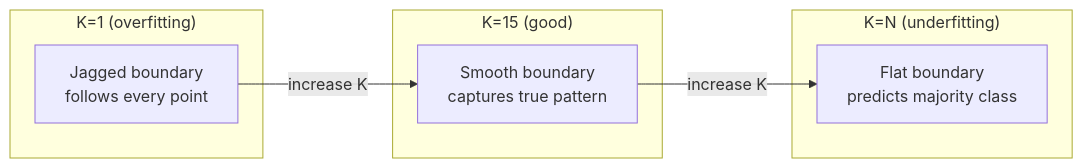
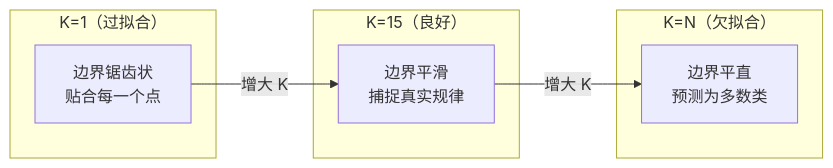
One commit to JerryC8080/ai-engineering-from-scratch-zh changed the second of 3 diagrams in phases/02-ml-fundamentals/06-knn-and-distances/docs/zh.md. Above: the diagram before and after it, drawn with Mermaid. The commit also changed other lines of this file and 156 other files, not shown here.

First line of the commit message:
i18n(zh): translate mermaid diagram labels in 157 lesson zh.md

````diff
--- a/phases/02-ml-fundamentals/06-knn-and-distances/docs/zh.md
+++ b/phases/02-ml-fundamentals/06-knn-and-distances/docs/zh.md
@@ -68,13 +68,13 @@
 ```mermaid
 graph LR
-    subgraph "K=1 (overfitting)"
-        A["Jagged boundary<br>follows every point"]
+    subgraph "K=1（过拟合）"
+        A["边界锯齿状<br>贴合每一个点"]
     end
-    subgraph "K=15 (good)"
-        B["Smooth boundary<br>captures true pattern"]
+    subgraph "K=15（良好）"
+        B["边界平滑<br>捕捉真实规律"]
     end
-    subgraph "K=N (underfitting)"
-        C["Flat boundary<br>predicts majority class"]
+    subgraph "K=N（欠拟合）"
+        C["边界平直<br>预测为多数类"]
     end
-    A -->|"increase K"| B -->|"increase K"| C
+    A -->|"增大 K"| B -->|"增大 K"| C
 ```
````
